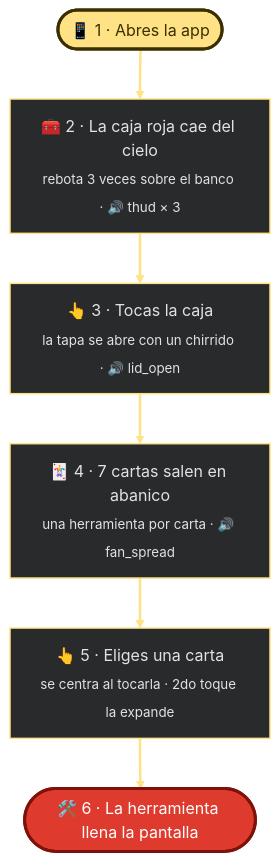
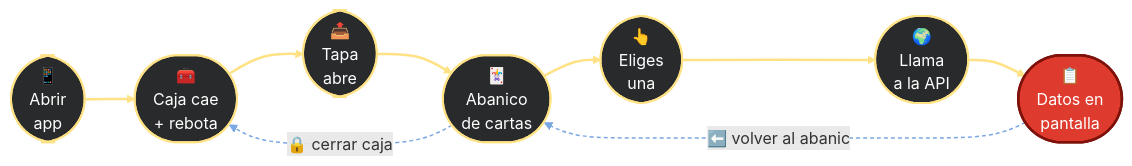
Before and after one commit to yeisondev001/Tarea5: the second of 2 diagrams in README.md, drawn with Mermaid. The commit also changed other lines of this file, not shown here.

Commit message:
docs: flujo estilo galeria con ciclo completo (API + retorno al abanico)

````diff
--- a/README.md
+++ b/README.md
@@ -205,17 +205,20 @@
 ```mermaid
-flowchart TD
-    A(["📱 1 · Abres la app"]):::startNode
-    B["🧰 2 · La caja roja cae del cielo<br/><sub>rebota 3 veces sobre el banco · 🔊 thud × 3</sub>"]:::mainNode
-    C["👆 3 · Tocas la caja<br/><sub>la tapa se abre con un chirrido · 🔊 lid_open</sub>"]:::mainNode
-    D["🃏 4 · 7 cartas salen en abanico<br/><sub>una herramienta por carta · 🔊 fan_spread</sub>"]:::mainNode
-    E["👆 5 · Eliges una carta<br/><sub>se centra al tocarla · 2do toque la expande</sub>"]:::mainNode
-    F(["🛠️ 6 · La herramienta llena la pantalla"]):::finishNode
+flowchart LR
+    A(["📱<br/>Abrir<br/>app"]):::card
+    B(["🧰<br/>Caja cae<br/>+ rebota"]):::card
+    C(["📤<br/>Tapa<br/>abre"]):::card
+    D(["🃏<br/>Abanico<br/>de cartas"]):::card
+    E(["👆<br/>Eliges<br/>una"]):::card
+    F(["🌍<br/>Llama<br/>a la API"]):::card
+    G(["📋<br/>Datos en<br/>pantalla"]):::cardEnd
 
-    A ==> B ==> C ==> D ==> E ==> F
+    A ==> B ==> C ==> D ==> E ==> F ==> G
+    G -.⬅️ volver al abanico.-> D
+    D -.🔒 cerrar caja.-> B
 
-    classDef startNode fill:#FFE285,color:#3B2F00,stroke:#3B2F00,stroke-width:3px
-    classDef mainNode fill:#282A2B,color:#E2E2E2,stroke:#FFE285,stroke-width:1.5px
-    classDef finishNode fill:#DE3B2E,color:#fff,stroke:#7E120B,stroke-width:3px
+    classDef card fill:#282A2B,color:#fff,stroke:#FFE285,stroke-width:2px
+    classDef cardEnd fill:#DE3B2E,color:#fff,stroke:#7E120B,stroke-width:2.5px
 
-    linkStyle 0,1,2,3,4 stroke:#FFE285,stroke-width:2.5px
+    linkStyle 0,1,2,3,4,5 stroke:#FFE285,stroke-width:2.5px
+    linkStyle 6,7 stroke:#7BA7E3,stroke-width:1.5px,stroke-dasharray:4 3
 ```
````
